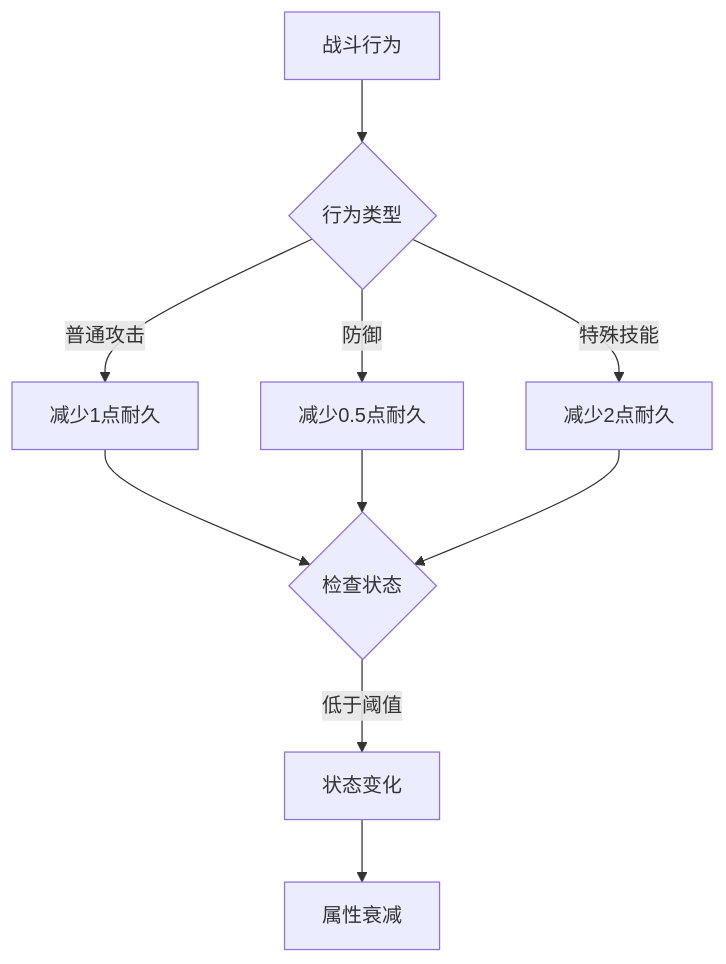
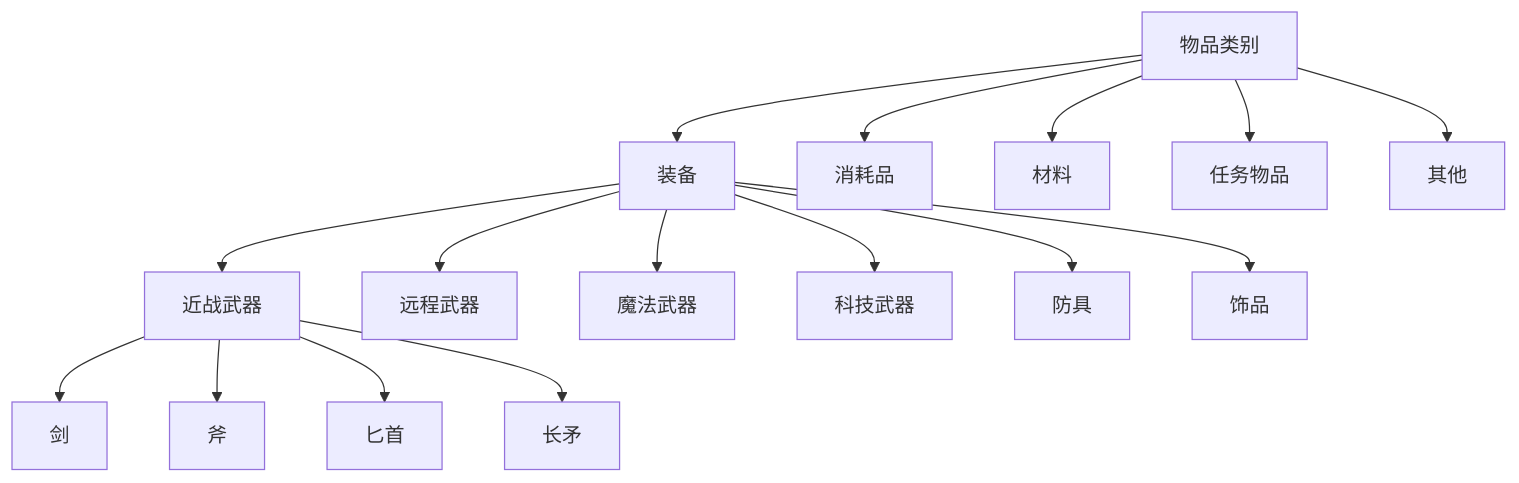
One commit to Whatfff/SimpleUnityInventorySystem changed the second of 8 diagrams in Scripts/Assets/Documentation/InventorySystem.md. Above: the diagram before and after it, drawn with Mermaid. The commit also changed other lines of this file and 1 other file, not shown here.

````diff
--- a/Scripts/Assets/Documentation/InventorySystem.md
+++ b/Scripts/Assets/Documentation/InventorySystem.md
@@ -323,10 +85,20 @@
 ```mermaid
-flowchart TD
-    A[战斗行为] --> B{行为类型}
-    B -->|普通攻击| C[减少1点耐久]
-    B -->|防御| D[减少0.5点耐久]
-    B -->|特殊技能| E[减少2点耐久]
-    C & D & E --> F{检查状态}
-    F -->|低于阈值| G[状态变化]
-    G --> H[属性衰减]
+graph TD
+    A[物品类别] --> B[装备]
+    A --> C[消耗品]
+    A --> D[材料]
+    A --> E[任务物品]
+    A --> F[其他]
+    
+    B --> G[近战武器]
+    B --> H[远程武器]
+    B --> I[魔法武器]
+    B --> J[科技武器]
+    B --> K[防具]
+    B --> L[饰品]
+    
+    G --> M[剑]
+    G --> N[斧]
+    G --> O[匕首]
+    G --> P[长矛]
 ```
````
